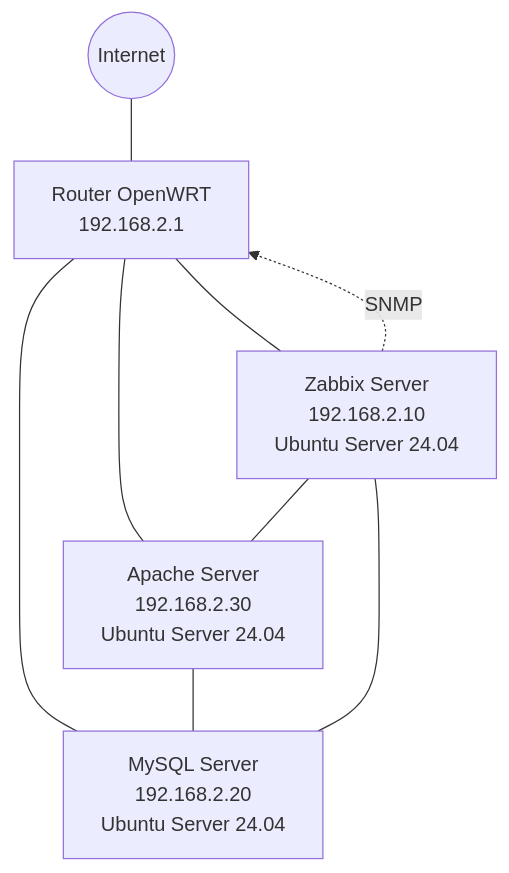
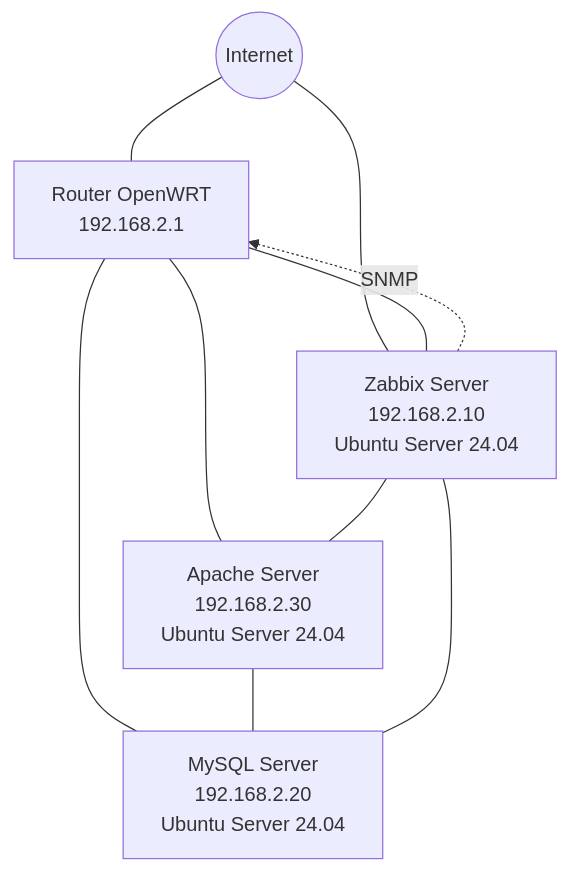
The diagram in README.md (aaron10011/Proyecto-ASIR), drawn with Mermaid before and after one commit. The commit also changed other lines of this file, not shown here.

````diff
--- a/README.md
+++ b/README.md
@@ -51,25 +51,26 @@
 ```mermaid
 graph TD
 
 Internet((Internet))
 
 Router[Router OpenWRT<br>192.168.2.1]
 
 Zabbix[Zabbix Server<br>192.168.2.10<br>Ubuntu Server 24.04]
 
 Apache[Apache Server<br>192.168.2.30<br>Ubuntu Server 24.04]
 
 MySQL[MySQL Server<br>192.168.2.20<br>Ubuntu Server 24.04]
 
 Internet --- Router
+Internet --- Zabbix
 
 Router --- Zabbix
 Router --- Apache
 Router --- MySQL
 
 Apache --- MySQL
 
 Zabbix --- Apache
 Zabbix --- MySQL
 Zabbix -.SNMP.-> Router
 ```
````
